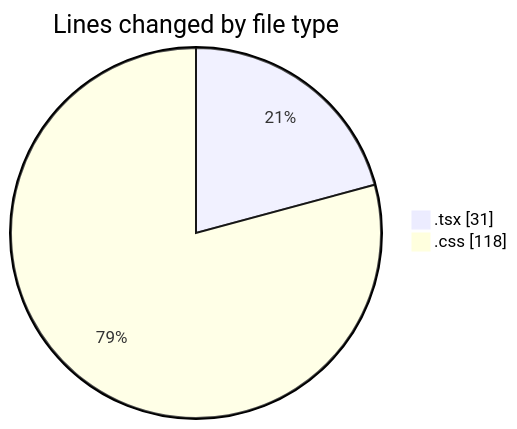
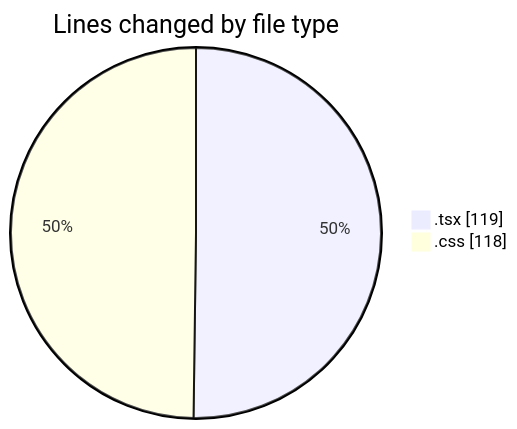
The first of 2 diagrams in 2025-01-08/mbc-web/README.md (robertbonfada/code-tracking), drawn with Mermaid before and after one commit. The commit also changed other lines of this file and 1 other file, not shown here.

````diff
--- a/2025-01-08/mbc-web/README.md
+++ b/2025-01-08/mbc-web/README.md
@@ -23,6 +24,6 @@
 ```mermaid
 pie showData
 title Lines changed by file type
-".tsx" : 31
+".tsx" : 119
 ".css" : 118
 ```
````
